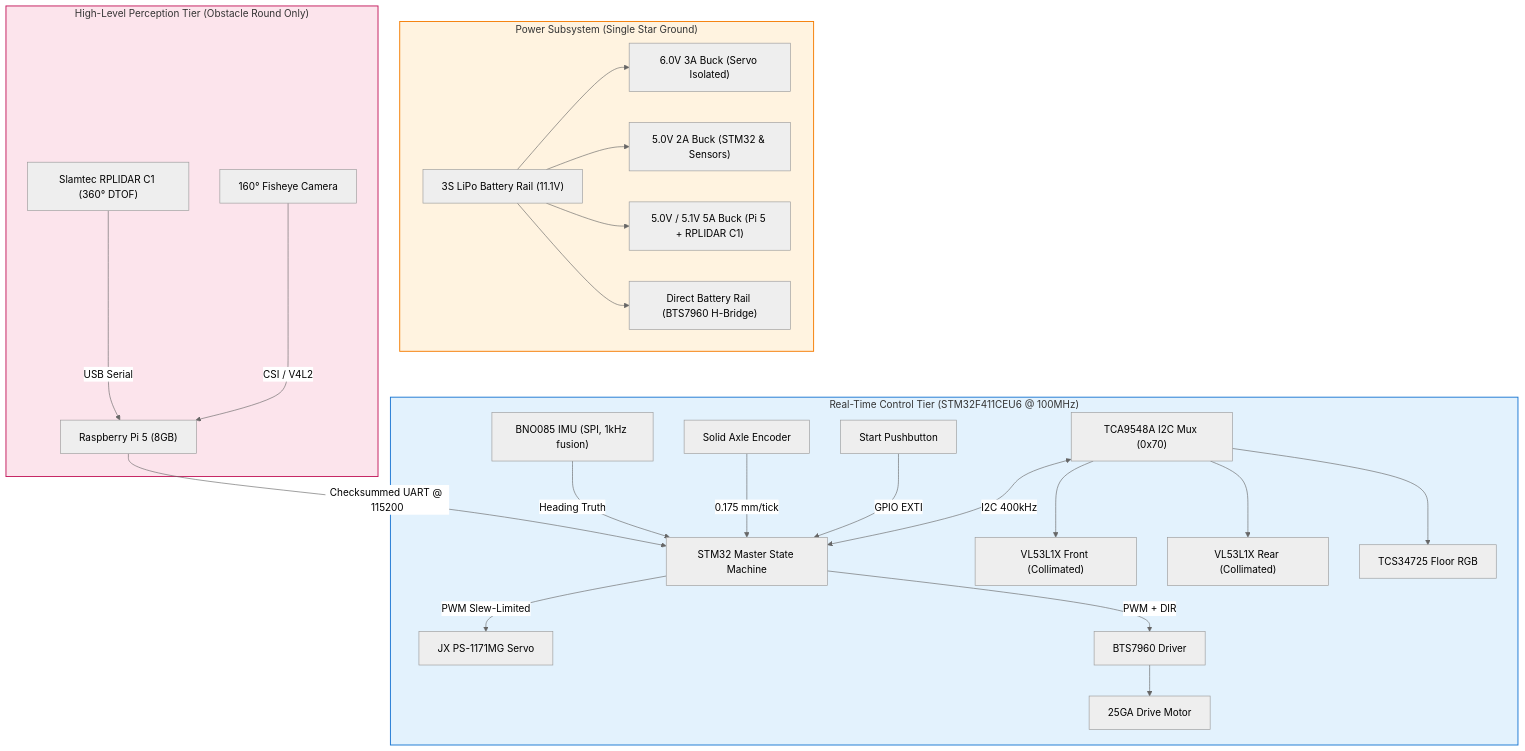
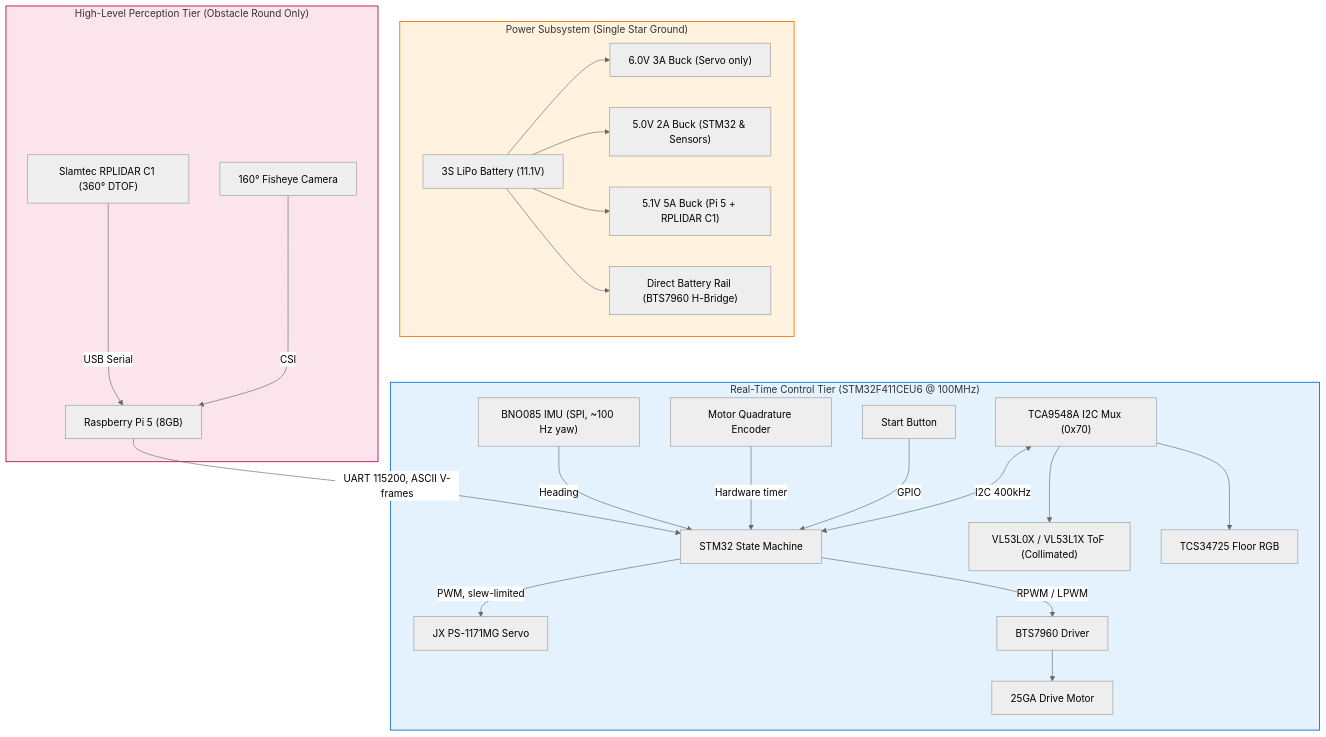
Before and after one commit to ShammanRahin/WRO_TeamBluePrint: the first of 3 diagrams in README.md, drawn with Mermaid (neutral theme). The commit also changed other lines of this file and 31 other files, not shown here.

````diff
--- a/README.md
+++ b/README.md
@@ -159,34 +163,33 @@
 ```mermaid
 graph TD
     subgraph Power ["Power Subsystem (Single Star Ground)"]
-        BAT["3S LiPo Battery Rail (11.1V)"] --> REG6["6.0V 3A Buck (Servo Isolated)"]
+        BAT["3S LiPo Battery (11.1V)"] --> REG6["6.0V 3A Buck (Servo only)"]
         BAT --> REG5["5.0V 2A Buck (STM32 & Sensors)"]
-        BAT --> REG55["5.0V / 5.1V 5A Buck (Pi 5 + RPLIDAR C1)"]
+        BAT --> REG55["5.1V 5A Buck (Pi 5 + RPLIDAR C1)"]
         BAT --> DRV_PWR["Direct Battery Rail (BTS7960 H-Bridge)"]
     end
 
     subgraph LowLevel ["Real-Time Control Tier (STM32F411CEU6 @ 100MHz)"]
-        STM["STM32 Master State Machine"]
-        IMU["BNO085 IMU (SPI, 1kHz fusion)"] -->|Heading Truth| STM
-        ENC["Solid Axle Encoder"] -->|0.175 mm/tick| STM
-        BTN["Start Pushbutton"] -->|GPIO EXTI| STM
+        STM["STM32 State Machine"]
+        IMU["BNO085 IMU (SPI, ~100 Hz yaw)"] -->|Heading| STM
+        ENC["Motor Quadrature Encoder"] -->|Hardware timer| STM
+        BTN["Start Button"] -->|GPIO| STM
         MUX["TCA9548A I2C Mux (0x70)"] <-->|I2C 400kHz| STM
-        MUX --> TOF1["VL53L1X Front (Collimated)"]
-        MUX --> TOF2["VL53L1X Rear (Collimated)"]
+        MUX --> TOF["VL53L0X / VL53L1X ToF (Collimated)"]
         MUX --> COL["TCS34725 Floor RGB"]
 
-        STM -->|PWM Slew-Limited| SERVO["JX PS-1171MG Servo"]
-        STM -->|PWM + DIR| BTS["BTS7960 Driver"] --> MOTOR["25GA Drive Motor"]
+        STM -->|PWM, slew-limited| SERVO["JX PS-1171MG Servo"]
+        STM -->|RPWM / LPWM| BTS["BTS7960 Driver"] --> MOTOR["25GA Drive Motor"]
     end
 
     subgraph HighLevel ["High-Level Perception Tier (Obstacle Round Only)"]
         PI["Raspberry Pi 5 (8GB)"]
         LIDAR["Slamtec RPLIDAR C1 (360° DTOF)"] -->|USB Serial| PI
-        CAM["160° Fisheye Camera"] -->|CSI / V4L2| PI
-        PI -->|Checksummed UART @ 115200| STM
+        CAM["160° Fisheye Camera"] -->|CSI| PI
+        PI -->|"UART 115200, ASCII V-frames"| STM
     end
 
     style Power fill:#fff3e0,stroke:#f57c00,stroke-width:1.5px
     style LowLevel fill:#e3f2fd,stroke:#1976d2,stroke-width:1.5px
     style HighLevel fill:#fce4ec,stroke:#c2185b,stroke-width:1.5px
 ```
````
